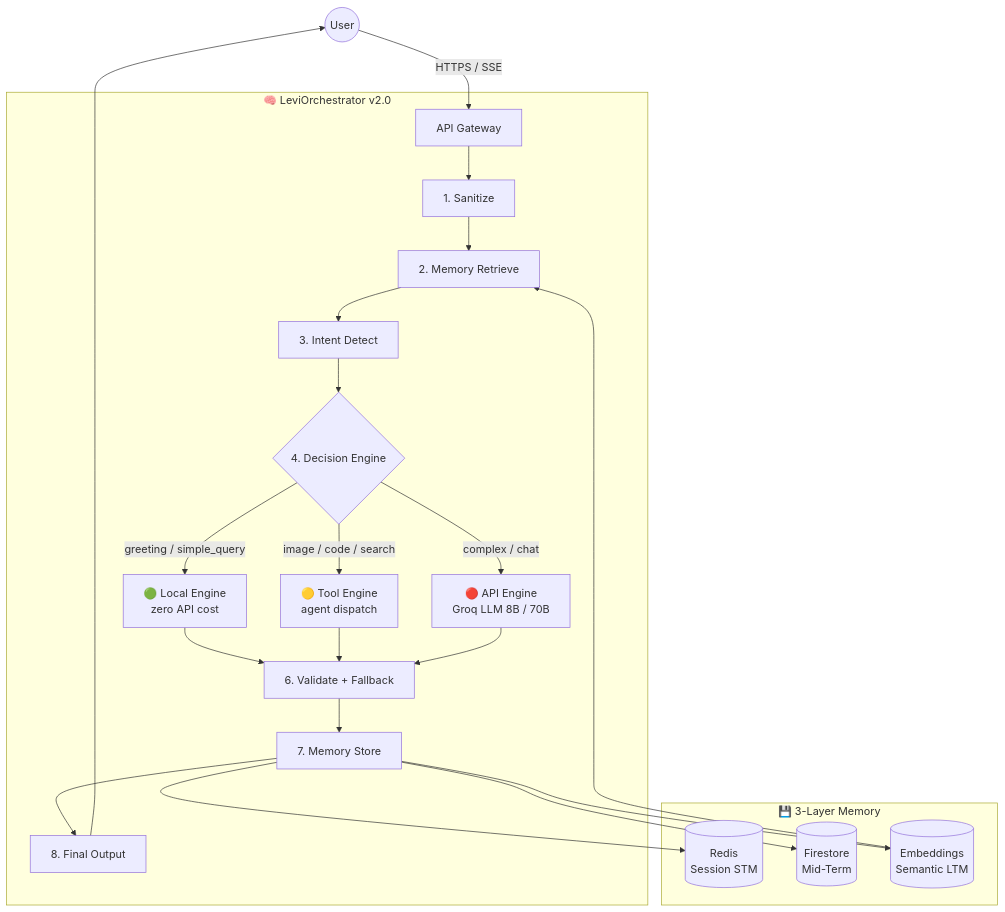
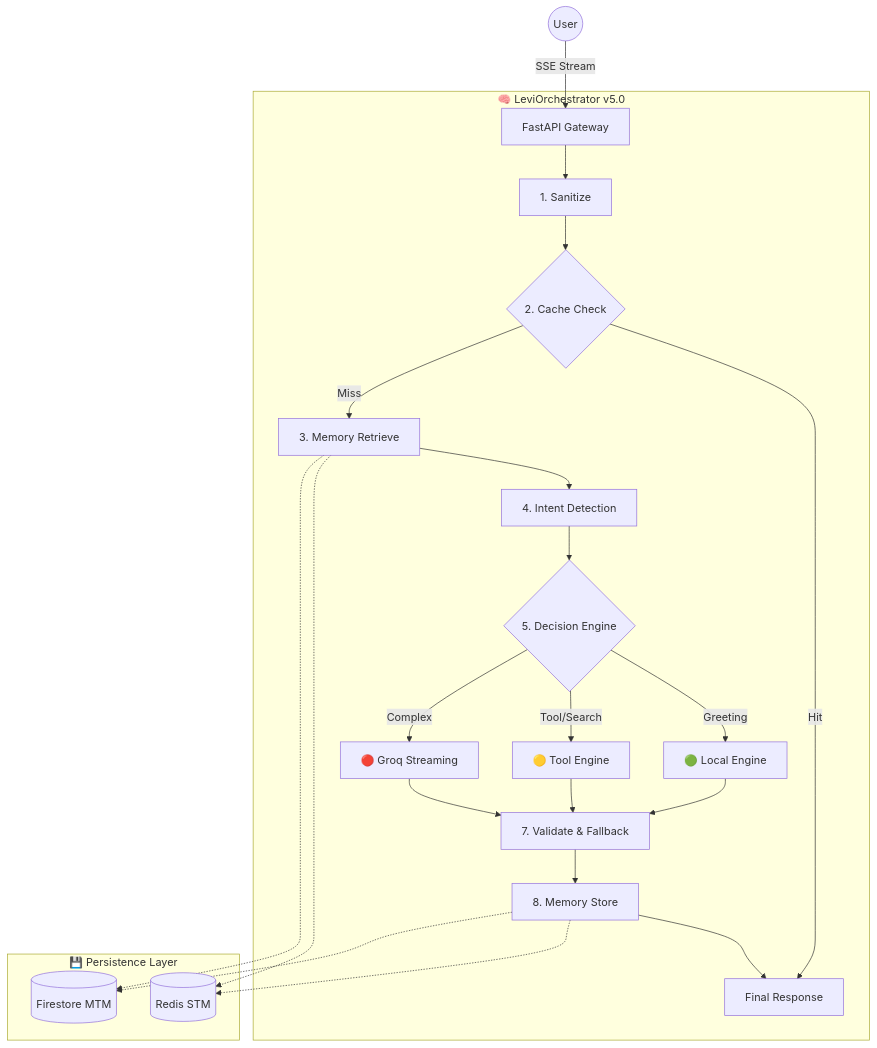
The diagram in README.md (Blackdrg/levi-ai-innovate), drawn with Mermaid before and after one commit. The commit also changed other lines of this file and 22 other files, not shown here.

Commit message:
chore: massive documentation overhaul (v5.0 Hardened Architecture)

````diff
--- a/README.md
+++ b/README.md
@@ -44,30 +13,31 @@
 ```mermaid
 graph TD
-    User((User)) -->|HTTPS / SSE| GW[API Gateway]
-
-    subgraph Brain ["🧠 LeviOrchestrator v2.0"]
+    User((User)) -->|SSE Stream| GW[FastAPI Gateway]
+    
+    subgraph Brain ["🧠 LeviOrchestrator v5.0"]
         GW --> San[1. Sanitize]
-        San --> Mem[2. Memory Retrieve]
-        Mem --> Int[3. Intent Detect]
-        Int --> Dec{4. Decision Engine}
-
-        Dec -->|greeting / simple_query| Local[🟢 Local Engine\nzero API cost]
-        Dec -->|image / code / search| Tool[🟡 Tool Engine\nagent dispatch]
-        Dec -->|complex / chat| API[🔴 API Engine\nGroq LLM 8B / 70B]
-
-        Local --> Val[6. Validate + Fallback]
-        Tool  --> Val
-        API   --> Val
-        Val   --> Store[7. Memory Store]
-        Store --> Out[8. Final Output]
+        San --> Cache{2. Cache Check}
+        Cache -->|Hit| Out
+        Cache -->|Miss| Mem[3. Memory Retrieve]
+        Mem --> Int[4. Intent Detection]
+        Int --> Dec{5. Decision Engine}
+        
+        Dec -->|Greeting| Local[🟢 Local Engine]
+        Dec -->|Tool/Search| Tool[🟡 Tool Engine]
+        Dec -->|Complex| API[🔴 Groq Streaming]
+        
+        Local --> Val[7. Validate & Fallback]
+        Tool --> Val
+        API --> Val
+        
+        Val --> Store[8. Memory Store]
+        Store --> Out[Final Response]
     end
-
-    subgraph Memory ["💾 3-Layer Memory"]
-        Store --> Redis[(Redis\nSession STM)]
-        Store --> FS[(Firestore\nMid-Term)]
-        Store --> Vec[(Embeddings\nSemantic LTM)]
+    
+    subgraph Storage ["💾 Persistence Layer"]
+        Mem -.-> Redis[(Redis STM)]
+        Mem -.-> FS[(Firestore MTM)]
+        Store -.-> Redis
+        Store -.-> FS
     end
-
-    Vec --> Mem
-    Out --> User
 ```
````
